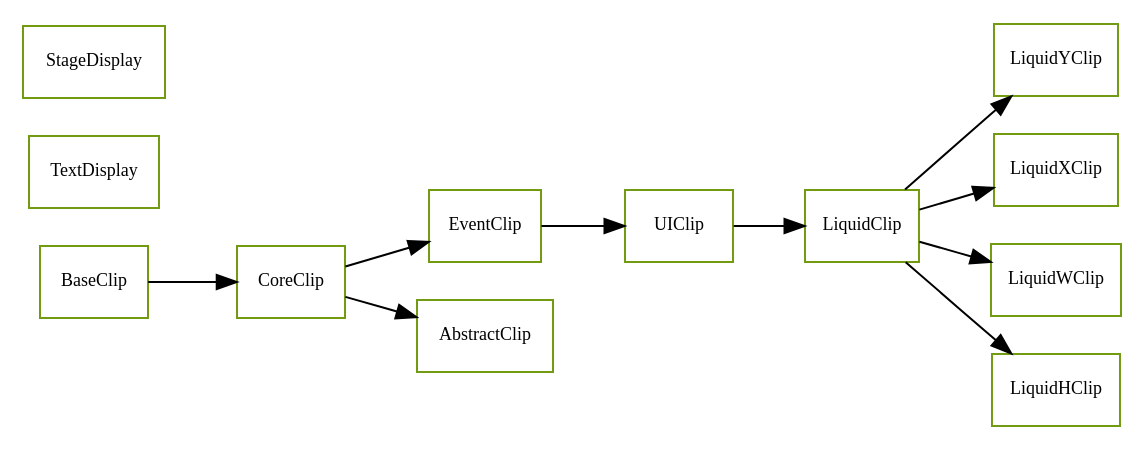
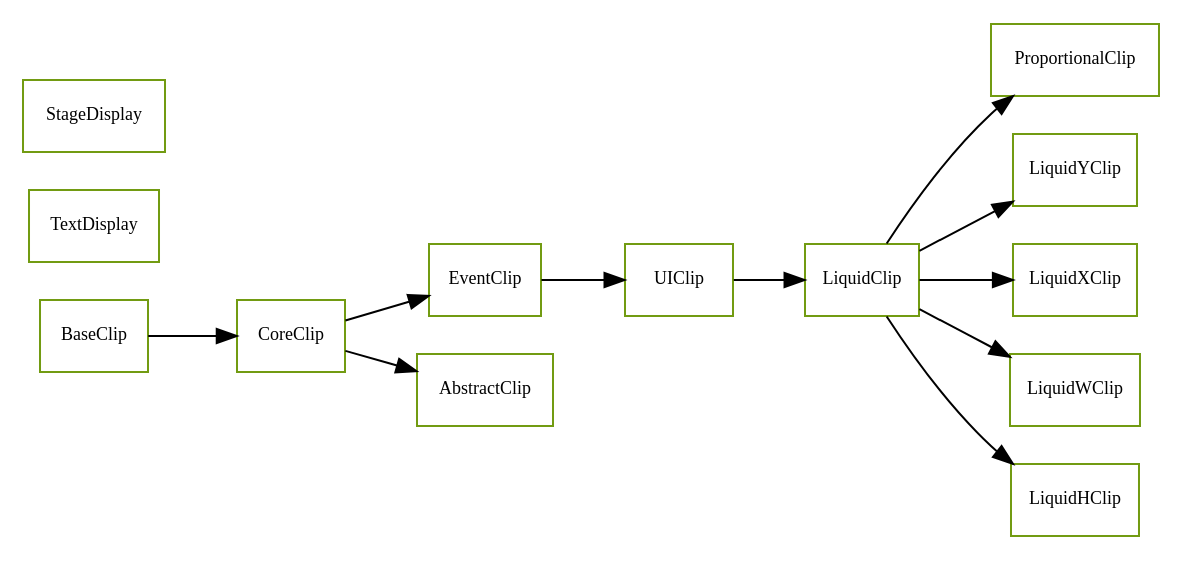
Before and after one commit to sekati/sasapi: the diagram in docs/com/sekati/display/classes.dot, drawn with Graphviz. The commit also changed 111 other files, not shown here.

```diff
--- a/docs/com/sekati/display/classes.dot
+++ b/docs/com/sekati/display/classes.dot
@@ -1,120 +1,130 @@
 strict digraph class_diagram {
   rankdir=LR;
   TypeUIClip[
     label="UIClip",
     URL="UIClip.html",
     tooltip="com.sekati.display.UIClip",
     fontname="Verdana",
     fontsize="9"
     color="#729b12"
     shape="record"
   ];
   TypeTextDisplay[
     label="TextDisplay",
     URL="TextDisplay.html",
     tooltip="com.sekati.display.TextDisplay",
     fontname="Verdana",
     fontsize="9"
     color="#729b12"
     shape="record"
   ];
   TypeStageDisplay[
     label="StageDisplay",
     URL="StageDisplay.html",
     tooltip="com.sekati.display.StageDisplay",
+    fontname="Verdana",
+    fontsize="9"
+    color="#729b12"
+    shape="record"
+  ];
+  TypeProportionalClip[
+    label="ProportionalClip",
+    URL="ProportionalClip.html",
+    tooltip="com.sekati.display.ProportionalClip",
     fontname="Verdana",
     fontsize="9"
     color="#729b12"
     shape="record"
   ];
   TypeLiquidYClip[
     label="LiquidYClip",
     URL="LiquidYClip.html",
     tooltip="com.sekati.display.LiquidYClip",
     fontname="Verdana",
     fontsize="9"
     color="#729b12"
     shape="record"
   ];
   TypeLiquidXClip[
     label="LiquidXClip",
     URL="LiquidXClip.html",
     tooltip="com.sekati.display.LiquidXClip",
     fontname="Verdana",
     fontsize="9"
     color="#729b12"
     shape="record"
   ];
   TypeLiquidWClip[
     label="LiquidWClip",
     URL="LiquidWClip.html",
     tooltip="com.sekati.display.LiquidWClip",
     fontname="Verdana",
     fontsize="9"
     color="#729b12"
     shape="record"
   ];
   TypeLiquidHClip[
     label="LiquidHClip",
     URL="LiquidHClip.html",
     tooltip="com.sekati.display.LiquidHClip",
     fontname="Verdana",
     fontsize="9"
     color="#729b12"
     shape="record"
   ];
   TypeLiquidClip[
     label="LiquidClip",
     URL="LiquidClip.html",
     tooltip="com.sekati.display.LiquidClip",
     fontname="Verdana",
     fontsize="9"
     color="#729b12"
     shape="record"
   ];
   TypeEventClip[
     label="EventClip",
     URL="EventClip.html",
     tooltip="com.sekati.display.EventClip",
     fontname="Verdana",
     fontsize="9"
     color="#729b12"
     shape="record"
   ];
   TypeCoreClip[
     label="CoreClip",
     URL="CoreClip.html",
     tooltip="com.sekati.display.CoreClip",
     fontname="Verdana",
     fontsize="9"
     color="#729b12"
     shape="record"
   ];
   TypeBaseClip[
     label="BaseClip",
     URL="BaseClip.html",
     tooltip="com.sekati.display.BaseClip",
     fontname="Verdana",
     fontsize="9"
     color="#729b12"
     shape="record"
   ];
   TypeAbstractClip[
     label="AbstractClip",
     URL="AbstractClip.html",
     tooltip="com.sekati.display.AbstractClip",
     fontname="Verdana",
     fontsize="9"
     color="#729b12"
     shape="record"
   ];
   TypeEventClip -> TypeUIClip;
+  TypeLiquidClip -> TypeProportionalClip;
   TypeLiquidClip -> TypeLiquidYClip;
   TypeLiquidClip -> TypeLiquidXClip;
   TypeLiquidClip -> TypeLiquidWClip;
   TypeLiquidClip -> TypeLiquidHClip;
   TypeUIClip -> TypeLiquidClip;
   TypeCoreClip -> TypeEventClip;
   TypeBaseClip -> TypeCoreClip;
   TypeCoreClip -> TypeAbstractClip;
 }
```
